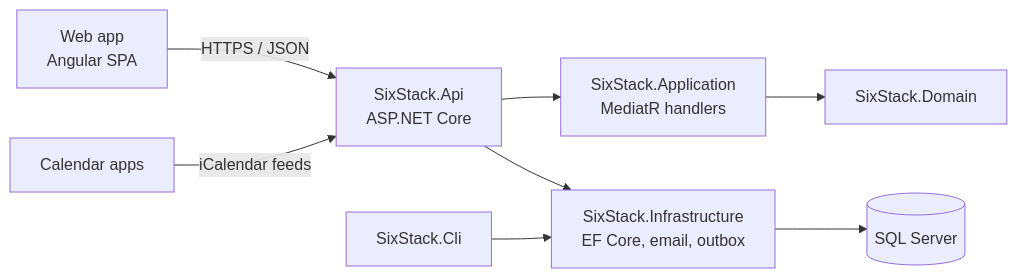
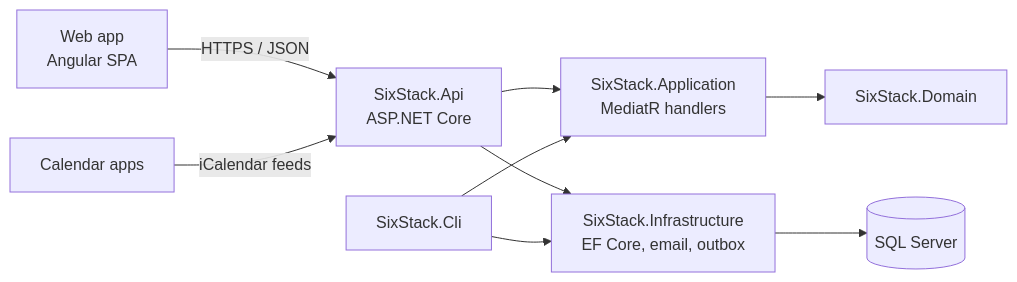
The diagram in README.md (QuinntyneBrown/6ixstack), drawn with Mermaid before and after one commit. The commit also changed other lines of this file and 55 other files, not shown here.

````diff
--- a/README.md
+++ b/README.md
@@ -56,10 +56,11 @@
 ```mermaid
 flowchart LR
   browser[Web app<br/>Angular SPA] -->|HTTPS / JSON| api[SixStack.Api<br/>ASP.NET Core]
   cal[Calendar apps] -->|iCalendar feeds| api
   api --> app[SixStack.Application<br/>MediatR handlers]
   app --> domain[SixStack.Domain]
   api --> infra[SixStack.Infrastructure<br/>EF Core, email, outbox]
   infra --> db[(SQL Server)]
-  cli[SixStack.Cli] --> infra
+  cli[SixStack.Cli] --> app
+  cli --> infra
 ```
````
